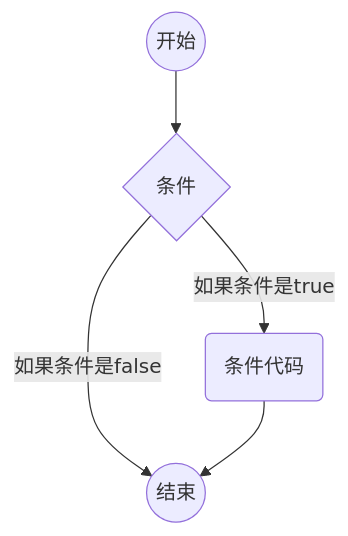
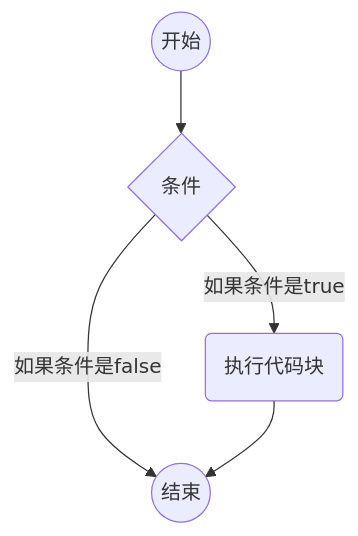
One commit to NsATHUV/Library changed the first of 4 diagrams in C语言笔记/分支结构/if语句.md. Above: the diagram before and after it, drawn with Mermaid. The commit also changed other lines of this file and 36 other files, not shown here.

````diff
--- a/C语言笔记/分支结构/if语句.md
+++ b/C语言笔记/分支结构/if语句.md
@@ -26,8 +26,8 @@
  ```mermaid
  graph TD
  A((开始))
  A-->B{条件}
  B-->|如果条件是false|D((结束))
- B-->|如果条件是true|C(条件代码)
+ B-->|如果条件是true|C(执行代码块)
  C-->D
  ```
````
